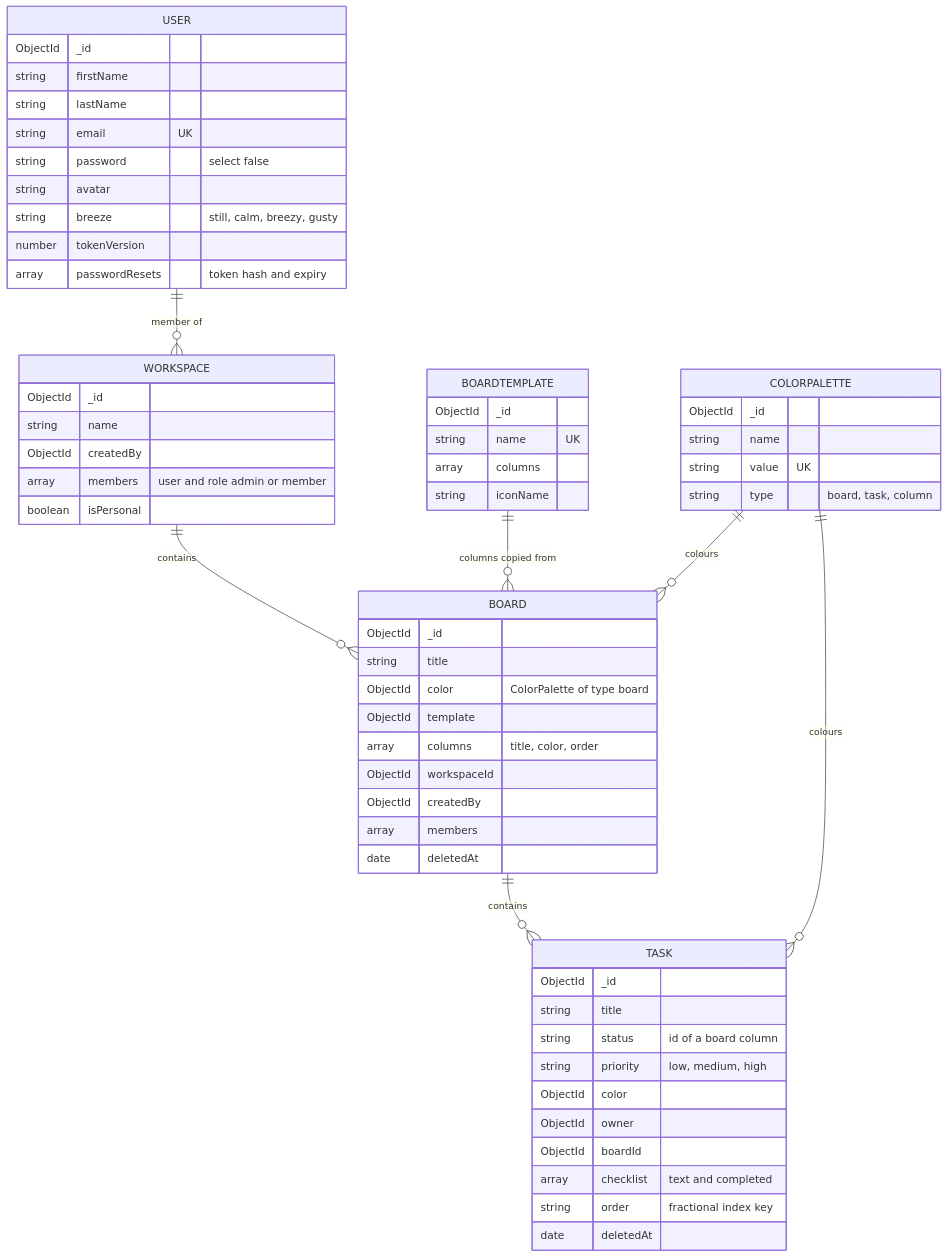
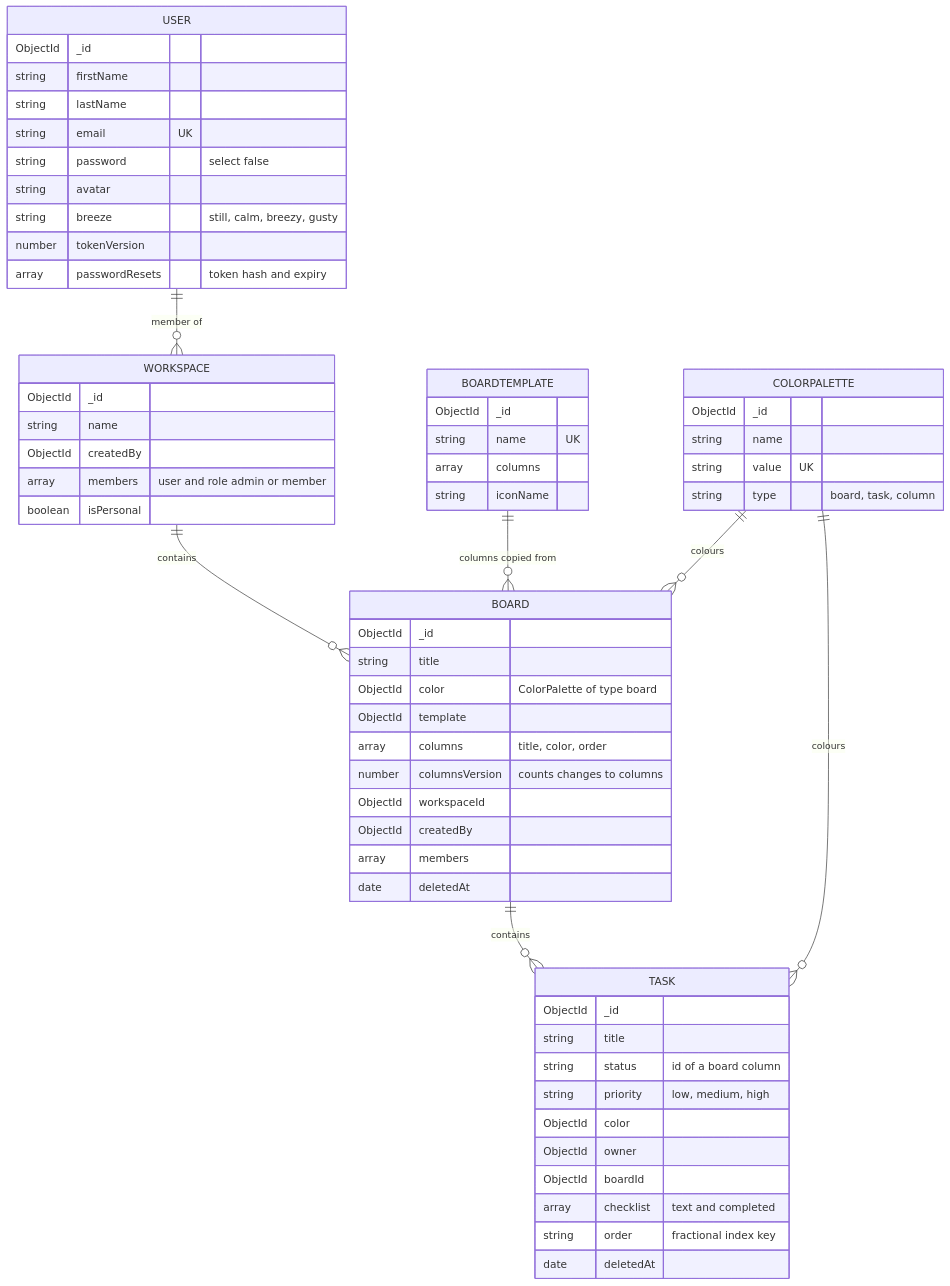
The fifth of 8 diagrams in docs/ARCHITECTURE.md (kfeuerschvenger/BreezyBoard), drawn with Mermaid before and after one commit. The commit also changed other lines of this file and 5 other files, not shown here.

````diff
--- a/docs/ARCHITECTURE.md
+++ b/docs/ARCHITECTURE.md
@@ -107,62 +107,63 @@
 ```mermaid
 erDiagram
   USER {
     ObjectId _id
     string firstName
     string lastName
     string email UK
     string password "select false"
     string avatar
     string breeze "still, calm, breezy, gusty"
     number tokenVersion
     array passwordResets "token hash and expiry"
   }
   WORKSPACE {
     ObjectId _id
     string name
     ObjectId createdBy
     array members "user and role admin or member"
     boolean isPersonal
   }
   BOARD {
     ObjectId _id
     string title
     ObjectId color "ColorPalette of type board"
     ObjectId template
     array columns "title, color, order"
+    number columnsVersion "counts changes to columns"
     ObjectId workspaceId
     ObjectId createdBy
     array members
     date deletedAt
   }
   TASK {
     ObjectId _id
     string title
     string status "id of a board column"
     string priority "low, medium, high"
     ObjectId color
     ObjectId owner
     ObjectId boardId
     array checklist "text and completed"
     string order "fractional index key"
     date deletedAt
   }
   COLORPALETTE {
     ObjectId _id
     string name
     string value UK
     string type "board, task, column"
   }
   BOARDTEMPLATE {
     ObjectId _id
     string name UK
     array columns
     string iconName
   }
   USER ||--o{ WORKSPACE : "member of"
   WORKSPACE ||--o{ BOARD : contains
   BOARD ||--o{ TASK : contains
   BOARDTEMPLATE ||--o{ BOARD : "columns copied from"
   COLORPALETTE ||--o{ BOARD : colours
   COLORPALETTE ||--o{ TASK : colours
 ```
````
